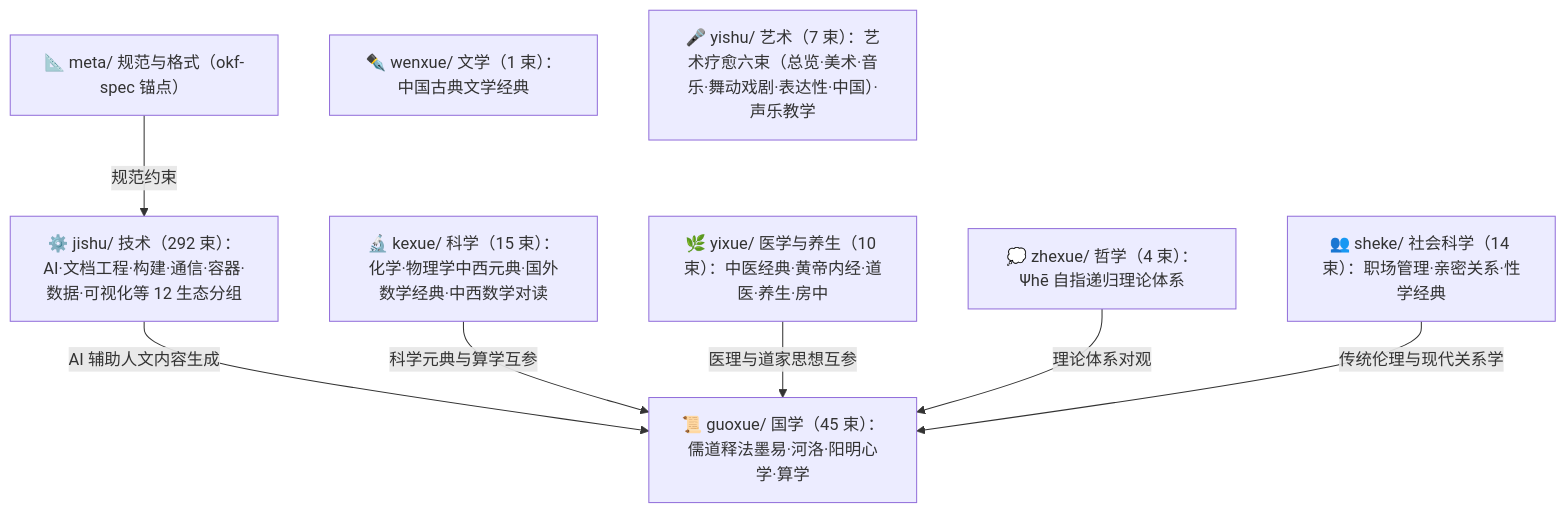
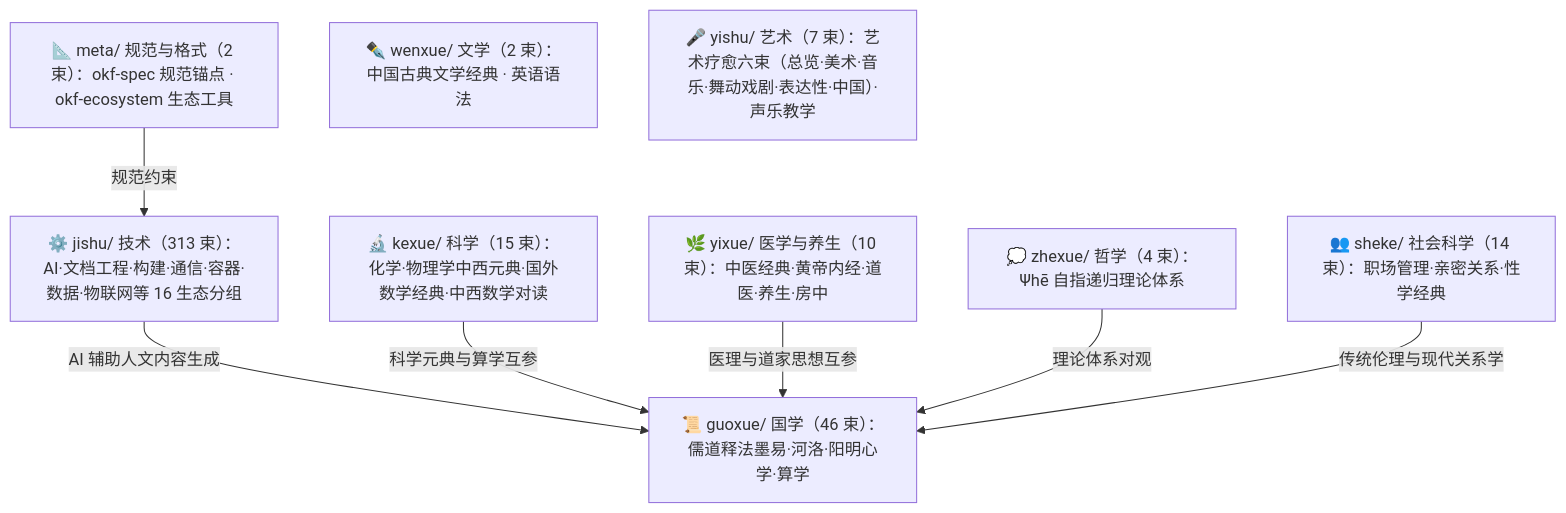
The diagram in doc/bundles/index.md (awesome-flexloop/awesome-okf), drawn with Mermaid before and after one commit. The commit also changed other lines of this file and 29 other files, not shown here.

````diff
--- a/doc/bundles/index.md
+++ b/doc/bundles/index.md
@@ -21,18 +21,18 @@
 ```mermaid
 flowchart TD
-    meta["📐 meta/ 规范与格式（okf-spec 锚点）"]
-    guoxue["📜 guoxue/ 国学（45 束）：儒道释法墨易·河洛·阳明心学·算学"]
+    meta["📐 meta/ 规范与格式（2 束）：okf-spec 规范锚点 · okf-ecosystem 生态工具"]
+    guoxue["📜 guoxue/ 国学（46 束）：儒道释法墨易·河洛·阳明心学·算学"]
     zhexue["💭 zhexue/ 哲学（4 束）：Ψhē 自指递归理论体系"]
     kexue["🔬 kexue/ 科学（15 束）：化学·物理学中西元典·国外数学经典·中西数学对读"]
-    wenxue["✒️ wenxue/ 文学（1 束）：中国古典文学经典"]
+    wenxue["✒️ wenxue/ 文学（2 束）：中国古典文学经典 · 英语语法"]
     yixue["🌿 yixue/ 医学与养生（10 束）：中医经典·黄帝内经·道医·养生·房中"]
     sheke["👥 sheke/ 社会科学（14 束）：职场管理·亲密关系·性学经典"]
     yishu["🎤 yishu/ 艺术（7 束）：艺术疗愈六束（总览·美术·音乐·舞动戏剧·表达性·中国）·声乐教学"]
-    jishu["⚙️ jishu/ 技术（292 束）：AI·文档工程·构建·通信·容器·数据·可视化等 12 生态分组"]
+    jishu["⚙️ jishu/ 技术（313 束）：AI·文档工程·构建·通信·容器·数据·物联网等 16 生态分组"]
     meta -->|"规范约束"| jishu
     jishu -->|"AI 辅助人文内容生成"| guoxue
     kexue -->|"科学元典与算学互参"| guoxue
     yixue -->|"医理与道家思想互参"| guoxue
     zhexue -->|"理论体系对观"| guoxue
     sheke -->|"传统伦理与现代关系学"| guoxue
 ```
````
